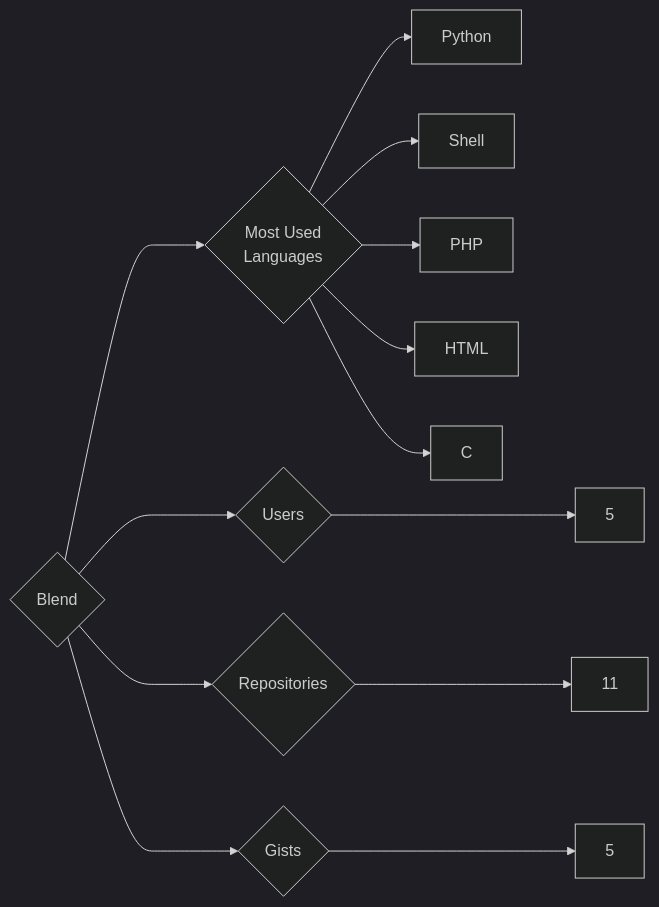
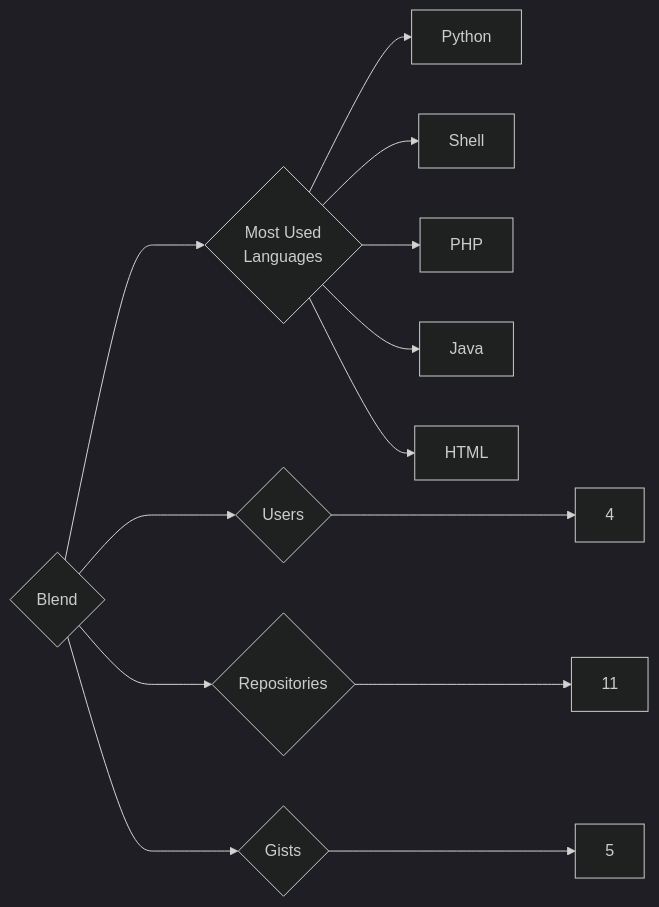
Before and after one commit to trickest/insiders: the diagram in targets/Blend/README.md, drawn with Mermaid (dark theme). The commit also changed 748 other files, not shown here.

````diff
--- a/targets/Blend/README.md
+++ b/targets/Blend/README.md
@@ -3,13 +3,13 @@
 ```mermaid
 graph LR
 COMPANY_NAME{Blend}
-COMPANY_NAME ---> U{Users} ---> UN[5]
+COMPANY_NAME ---> U{Users} ---> UN[4]
 COMPANY_NAME ---> R{Repositories} ---> RN[11]
 COMPANY_NAME ---> G{Gists} ---> GN[5]
 COMPANY_NAME ---> ML{Most Used<br>Languages}
 ML --> Python[Python]
 ML --> Shell[Shell]
 ML --> PHP[PHP]
+ML --> Java[Java]
 ML --> HTML[HTML]
-ML --> C[C]
 ```
````
